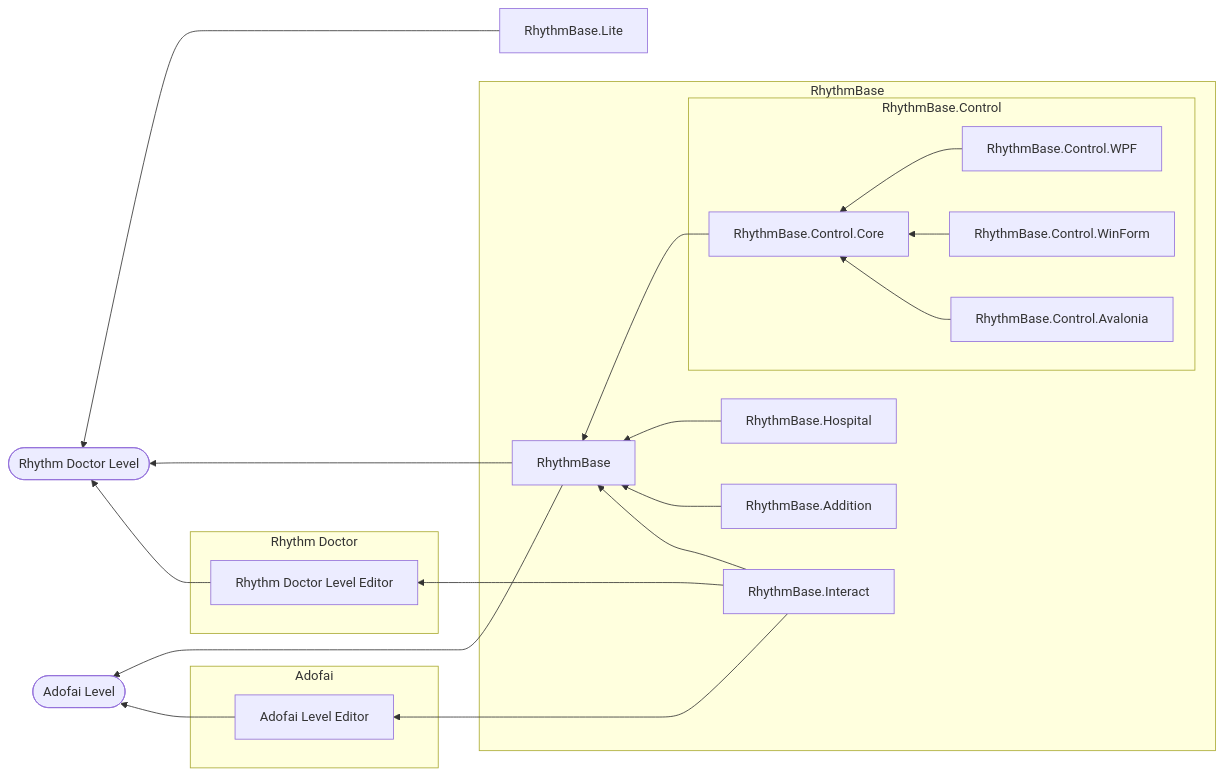
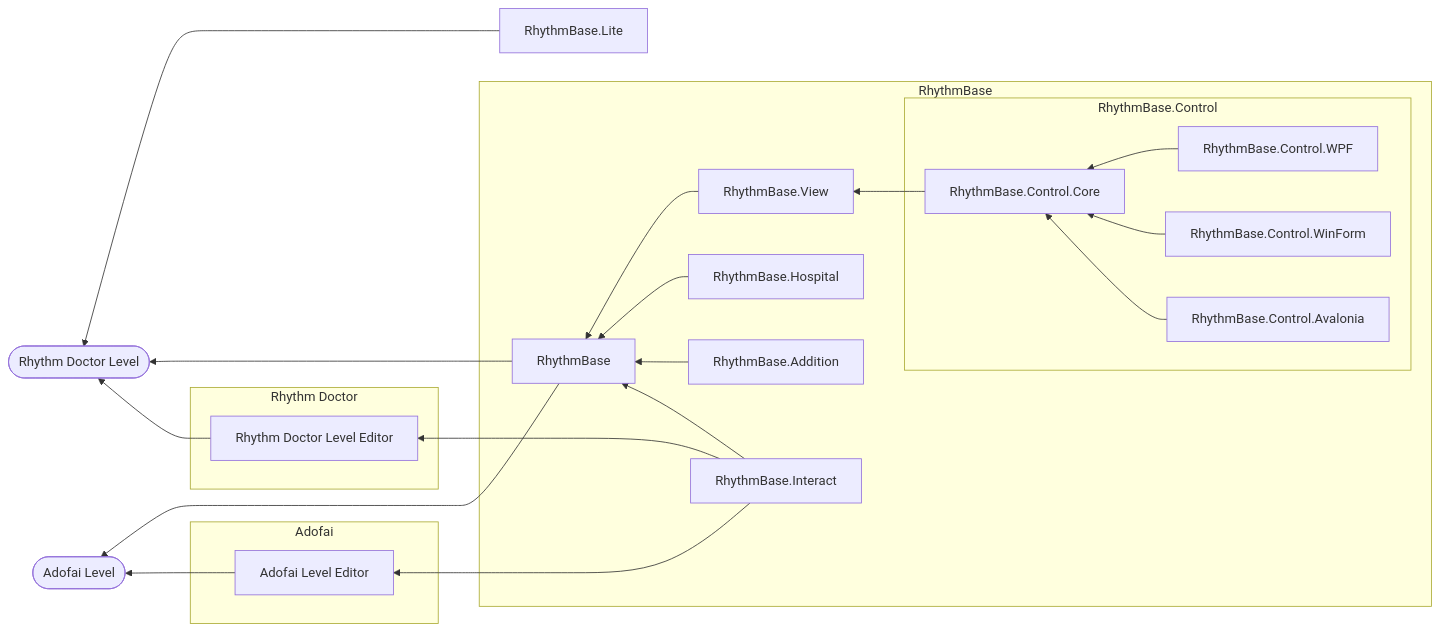
One commit to RDCN-Community-Developers/RhythmToolkit changed the diagram in README.md. Above: the diagram before and after it, drawn with Mermaid. The commit also changed other lines of this file, not shown here.

Commit message:
修改路线图

````diff
--- a/README.md
+++ b/README.md
@@ -29,30 +30,31 @@
 ```mermaid
 flowchart RL
 RBLite[RhythmBase.Lite]
 subgraph RD[Rhythm Doctor]
   RDLE[Rhythm Doctor Level Editor]
 end
 subgraph AD[Adofai]
   ADLE[Adofai Level Editor]
 end
 RDL([Rhythm Doctor Level])
 ADL([Adofai Level])
 subgraph RBTitle[RhythmBase]
   RB[RhythmBase]
   RBAdd[RhythmBase.Addition]
   RBInt[RhythmBase.Interact]
   RBHos[RhythmBase.Hospital]
+  RBV[RhythmBase.View]
   subgraph RBC[RhythmBase.Control]
     RBCCore[RhythmBase.Control.Core]
     RBCWPF[RhythmBase.Control.WPF]
     RBCWF[RhythmBase.Control.WinForm]
     RBCAva[RhythmBase.Control.Avalonia]
   end
 end
 
 RBLite ---> RDL
-RBCWPF & RBCWF & RBCAva --> RBCCore
-RBCCore & RBHos & RBAdd & RBInt --> RB ---> RDL & ADL
+RBCWPF & RBCWF & RBCAva --> RBCCore --> RBV
+RBV & RBHos & RBAdd & RBInt --> RB ---> RDL & ADL
 RBInt ---> RDLE --> RDL
 RBInt ---> ADLE --> ADL
 ```
````
